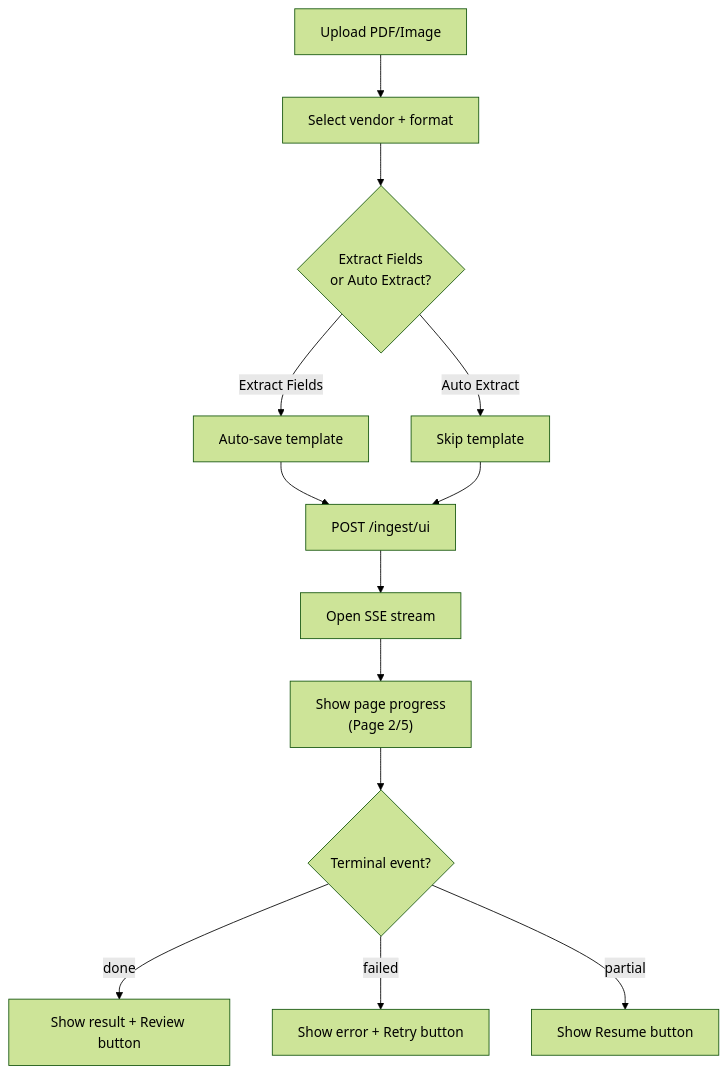
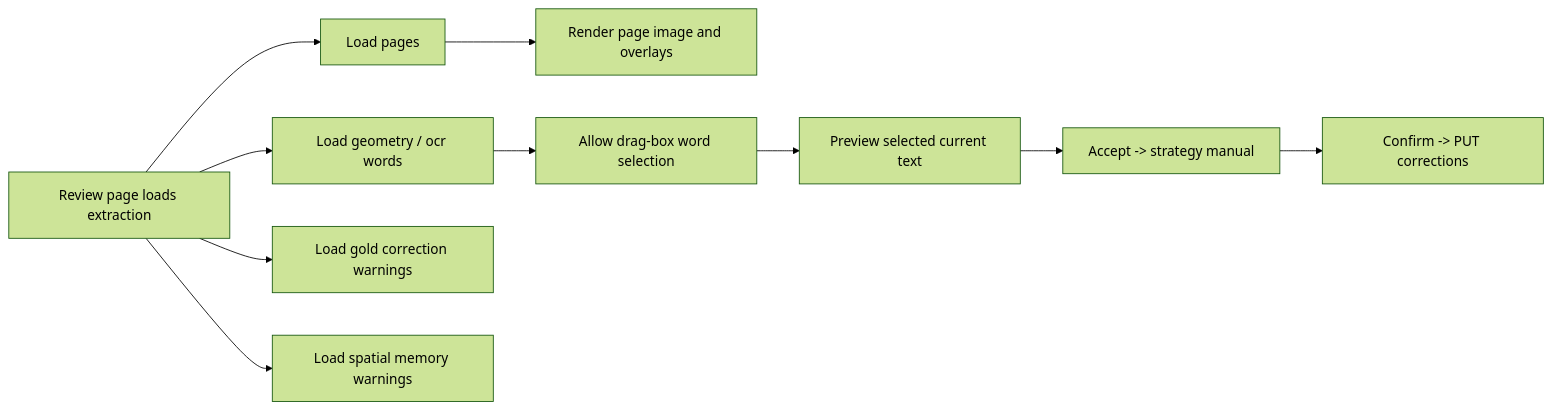
Before and after one commit to DeepakG-ai/Augemented_OCR_PaddleOCR_VL: the eighth of 8 diagrams in spec.md, drawn with Mermaid (forest theme). The commit also changed other lines of this file and 16 other files, not shown here.

Commit message:
feat(hybrid-pdf-pipeline): implement unified digital/scanned pdf pipeline, vendor detection, and strict spatial memory reuse

````diff
--- a/spec.md
+++ b/spec.md
@@ -483,15 +479,12 @@
 ```mermaid
-flowchart TD
-    A["Upload PDF/Image"] --> B["Select vendor + format"]
-    B --> C{"Extract Fields<br/>or Auto Extract?"}
-    C -->|"Extract Fields"| D["Auto-save template"]
-    C -->|"Auto Extract"| E["Skip template"]
-    D --> F["POST /ingest/ui"]
-    E --> F
-    F --> G["Open SSE stream"]
-    G --> H["Show page progress<br/>(Page 2/5)"]
-    H --> I{"Terminal event?"}
-    I -->|done| J["Show result + Review button"]
-    I -->|failed| K["Show error + Retry button"]
-    I -->|partial| L["Show Resume button"]
+flowchart LR
+    A["Review page loads extraction"] --> B["Load pages"]
+    A --> C["Load geometry / ocr words"]
+    A --> D["Load gold correction warnings"]
+    A --> E["Load spatial memory warnings"]
+    B --> F["Render page image and overlays"]
+    C --> G["Allow drag-box word selection"]
+    G --> H["Preview selected current text"]
+    H --> I["Accept -> strategy manual"]
+    I --> J["Confirm -> PUT corrections"]
 ```
````
